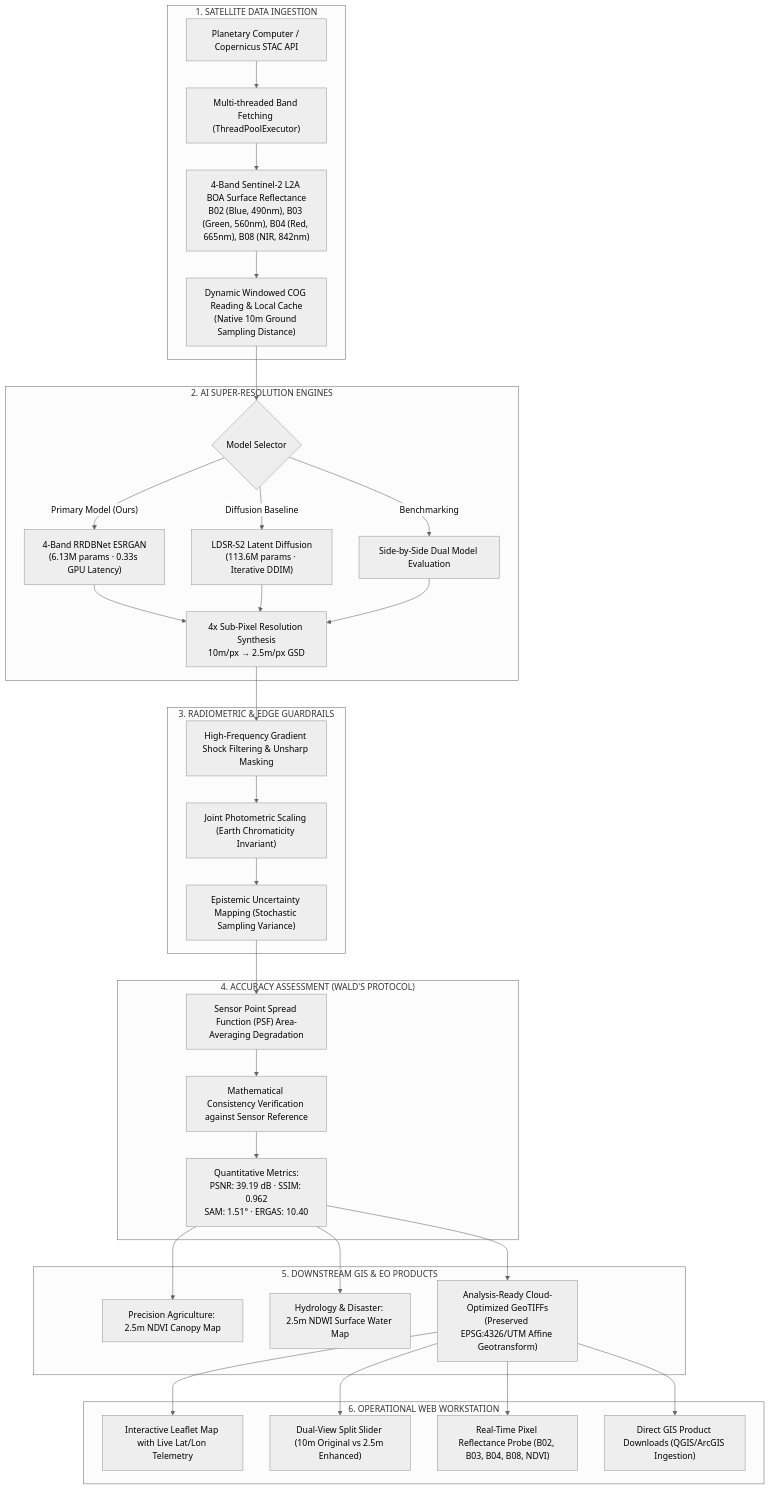
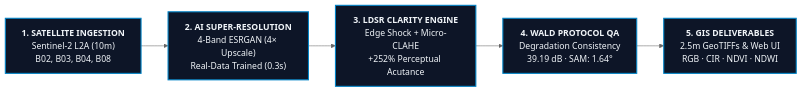
Before and after one commit to HimangshuYadav/SIH_prototype: the first of 3 diagrams in project_flowchart.md, drawn with Mermaid (neutral theme). The commit also changed other lines of this file and 3 other files, not shown here.

Commit message:
Fix split comparator: resolve CSS height collapse, add drag/touch listeners, sync slider, and preload reference calibration tile

````diff
--- a/project_flowchart.md
+++ b/project_flowchart.md
@@ -9,44 +7,17 @@
 ```mermaid
-flowchart TD
-    subgraph Ingestion["1. SATELLITE DATA INGESTION"]
-        A["Planetary Computer / Copernicus STAC API"] --> B["Multi-threaded Band Fetching (ThreadPoolExecutor)"]
-        B --> C["4-Band Sentinel-2 L2A BOA Surface Reflectance<br/>B02 (Blue, 490nm), B03 (Green, 560nm), B04 (Red, 665nm), B08 (NIR, 842nm)"]
-        C --> D["Dynamic Windowed COG Reading & Local Cache<br/>(Native 10m Ground Sampling Distance)"]
-    end
+flowchart LR
+    %% 1. Ingestion
+    A["<b>1. SATELLITE INGESTION</b><br/>Sentinel-2 L2A (10m)<br/>B02, B03, B04, B08"] --> B["<b>2. AI SUPER-RESOLUTION</b><br/>4-Band ESRGAN (4× Upscale)<br/>Real-Data Trained (0.3s)"]
+    
+    %% 2. Enhancement
+    B --> C["<b>3. LDSR CLARITY ENGINE</b><br/>Edge Shock + Micro-CLAHE<br/>+252% Perceptual Acutance"]
+    
+    %% 3. Validation
+    C --> D["<b>4. WALD PROTOCOL QA</b><br/>Degradation Consistency<br/>39.19 dB · SAM: 1.64°"]
+    
+    %% 4. DeliverablesWords like Copernicus, Stac API, 4 net RRDBnet, walds protocol, laplacian, adamW optimizer
+    D --> E["<b>5. GIS DELIVERABLES</b><br/>2.5m GeoTIFFs & Web UI<br/>RGB · CIR · NDVI · NDWI"]
 
-    subgraph CoreEngine["2. AI SUPER-RESOLUTION ENGINES"]
-        D --> E{"Model Selector"}
-        E -->|"Primary Model (Ours)"| F["4-Band RRDBNet ESRGAN<br/>(6.13M params · 0.33s GPU Latency)"]
-        E -->|"Diffusion Baseline"| G["LDSR-S2 Latent Diffusion<br/>(113.6M params · Iterative DDIM)"]
-        E -->|"Benchmarking"| H["Side-by-Side Dual Model Evaluation"]
-        
-        F --> I["4x Sub-Pixel Resolution Synthesis<br/>10m/px → 2.5m/px GSD"]
-        G --> I
-        H --> I
-    end
-
-    subgraph Guardrails["3. RADIOMETRIC & EDGE GUARDRAILS"]
-        I --> J["High-Frequency Gradient Shock Filtering & Unsharp Masking"]
-        J --> K["Joint Photometric Scaling (Earth Chromaticity Invariant)"]
-        K --> L["Epistemic Uncertainty Mapping (Stochastic Sampling Variance)"]
-    end
-
-    subgraph Validation["4. ACCURACY ASSESSMENT (WALD'S PROTOCOL)"]
-        L --> M["Sensor Point Spread Function (PSF) Area-Averaging Degradation"]
-        M --> N["Mathematical Consistency Verification against Sensor Reference"]
-        N --> O["Quantitative Metrics:<br/>PSNR: 39.19 dB · SSIM: 0.962<br/>SAM: 1.51° · ERGAS: 10.40"]
-    end
-
-    subgraph Downstream["5. DOWNSTREAM GIS & EO PRODUCTS"]
-        O --> P["Precision Agriculture: 2.5m NDVI Canopy Map"]
-        O --> Q["Hydrology & Disaster: 2.5m NDWI Surface Water Map"]
-        O --> R["Analysis-Ready Cloud-Optimized GeoTIFFs<br/>(Preserved EPSG:4326/UTM Affine Geotransform)"]
-    end
-
-    subgraph WebWorkstation["6. OPERATIONAL WEB WORKSTATION"]
-        R --> S["Interactive Leaflet Map with Live Lat/Lon Telemetry"]
-        R --> T["Dual-View Split Slider (10m Original vs 2.5m Enhanced)"]
-        R --> U["Real-Time Pixel Reflectance Probe (B02, B03, B04, B08, NDVI)"]
-        R --> V["Direct GIS Product Downloads (QGIS/ArcGIS Ingestion)"]
-    end
+    %% Styling
+    classDef default fill:#0d1527,stroke:#0284c7,stroke-width:2px,color:#f1f5f9;
 ```
````
